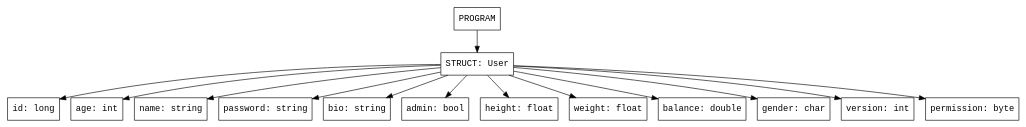
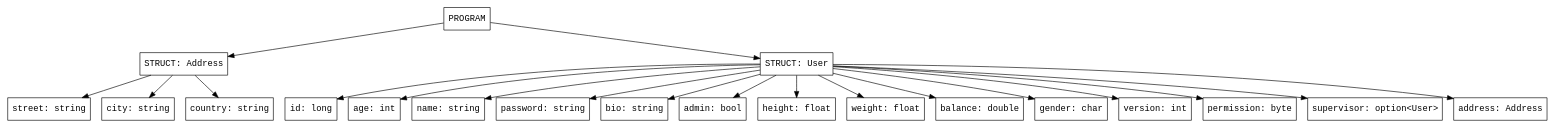
The diagram in examples/06_struct/struct.dot (L-Marcel/texty), drawn with Graphviz before and after one commit. The commit also changed 74 other files, not shown here.

```diff
--- a/examples/06_struct/struct.dot
+++ b/examples/06_struct/struct.dot
@@ -1,30 +1,42 @@
 digraph AST {
   node [shape=box, fontname="Courier"];
-  "0x555586a6f860" [label="PROGRAM"];
-  "0x555586a6f860" -> "0x555586a6f7f0";
-  "0x555586a6f7f0" [label="STRUCT: User"];
-  "0x555586a6f7f0_id: long" [label="id: long"];
-  "0x555586a6f7f0" -> "0x555586a6f7f0_id: long";
-  "0x555586a6f7f0_age: int" [label="age: int"];
-  "0x555586a6f7f0" -> "0x555586a6f7f0_age: int";
-  "0x555586a6f7f0_name: string" [label="name: string"];
-  "0x555586a6f7f0" -> "0x555586a6f7f0_name: string";
-  "0x555586a6f7f0_password: string" [label="password: string"];
-  "0x555586a6f7f0" -> "0x555586a6f7f0_password: string";
-  "0x555586a6f7f0_bio: string" [label="bio: string"];
-  "0x555586a6f7f0" -> "0x555586a6f7f0_bio: string";
-  "0x555586a6f7f0_admin: bool" [label="admin: bool"];
-  "0x555586a6f7f0" -> "0x555586a6f7f0_admin: bool";
-  "0x555586a6f7f0_height: float" [label="height: float"];
-  "0x555586a6f7f0" -> "0x555586a6f7f0_height: float";
-  "0x555586a6f7f0_weight: float" [label="weight: float"];
-  "0x555586a6f7f0" -> "0x555586a6f7f0_weight: float";
-  "0x555586a6f7f0_balance: double" [label="balance: double"];
-  "0x555586a6f7f0" -> "0x555586a6f7f0_balance: double";
-  "0x555586a6f7f0_gender: char" [label="gender: char"];
-  "0x555586a6f7f0" -> "0x555586a6f7f0_gender: char";
-  "0x555586a6f7f0_version: int" [label="version: int"];
-  "0x555586a6f7f0" -> "0x555586a6f7f0_version: int";
-  "0x555586a6f7f0_permission: byte" [label="permission: byte"];
-  "0x555586a6f7f0" -> "0x555586a6f7f0_permission: byte";
+  "0x55558f8b9790" [label="PROGRAM"];
+  "0x55558f8b9790" -> "0x55558f8b9c60";
+  "0x55558f8b9c60" [label="STRUCT: Address"];
+  "0x55558f8b9c60_street: string" [label="street: string"];
+  "0x55558f8b9c60" -> "0x55558f8b9c60_street: string";
+  "0x55558f8b9c60_city: string" [label="city: string"];
+  "0x55558f8b9c60" -> "0x55558f8b9c60_city: string";
+  "0x55558f8b9c60_country: string" [label="country: string"];
+  "0x55558f8b9c60" -> "0x55558f8b9c60_country: string";
+  "0x55558f8b9790" -> "0x55558f8bb8d0";
+  "0x55558f8bb8d0" [label="STRUCT: User"];
+  "0x55558f8bb8d0_id: long" [label="id: long"];
+  "0x55558f8bb8d0" -> "0x55558f8bb8d0_id: long";
+  "0x55558f8bb8d0_age: int" [label="age: int"];
+  "0x55558f8bb8d0" -> "0x55558f8bb8d0_age: int";
+  "0x55558f8bb8d0_name: string" [label="name: string"];
+  "0x55558f8bb8d0" -> "0x55558f8bb8d0_name: string";
+  "0x55558f8bb8d0_password: string" [label="password: string"];
+  "0x55558f8bb8d0" -> "0x55558f8bb8d0_password: string";
+  "0x55558f8bb8d0_bio: string" [label="bio: string"];
+  "0x55558f8bb8d0" -> "0x55558f8bb8d0_bio: string";
+  "0x55558f8bb8d0_admin: bool" [label="admin: bool"];
+  "0x55558f8bb8d0" -> "0x55558f8bb8d0_admin: bool";
+  "0x55558f8bb8d0_height: float" [label="height: float"];
+  "0x55558f8bb8d0" -> "0x55558f8bb8d0_height: float";
+  "0x55558f8bb8d0_weight: float" [label="weight: float"];
+  "0x55558f8bb8d0" -> "0x55558f8bb8d0_weight: float";
+  "0x55558f8bb8d0_balance: double" [label="balance: double"];
+  "0x55558f8bb8d0" -> "0x55558f8bb8d0_balance: double";
+  "0x55558f8bb8d0_gender: char" [label="gender: char"];
+  "0x55558f8bb8d0" -> "0x55558f8bb8d0_gender: char";
+  "0x55558f8bb8d0_version: int" [label="version: int"];
+  "0x55558f8bb8d0" -> "0x55558f8bb8d0_version: int";
+  "0x55558f8bb8d0_permission: byte" [label="permission: byte"];
+  "0x55558f8bb8d0" -> "0x55558f8bb8d0_permission: byte";
+  "0x55558f8bb8d0_supervisor: option<User>" [label="supervisor: option<User>"];
+  "0x55558f8bb8d0" -> "0x55558f8bb8d0_supervisor: option<User>";
+  "0x55558f8bb8d0_address: Address" [label="address: Address"];
+  "0x55558f8bb8d0" -> "0x55558f8bb8d0_address: Address";
 }
```
